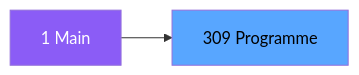
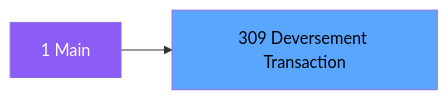
Before and after one commit to thonyAGP/magic-migration: the second of 3 diagrams in .openspec/specs/ADH-IDE-309.md, drawn with Mermaid. The commit also changed other lines of this file and 323 other files, not shown here.

````diff
--- a/.openspec/specs/ADH-IDE-309.md
+++ b/.openspec/specs/ADH-IDE-309.md
@@ -114,8 +140,8 @@
 ```mermaid
 graph LR
     M[1 Main]
-    T[309 Programme]
+    T[309 Deversement Transaction]
     M --> T
     style M fill:#8b5cf6,color:#fff
     style T fill:#58a6ff,color:#000
 ```
````
